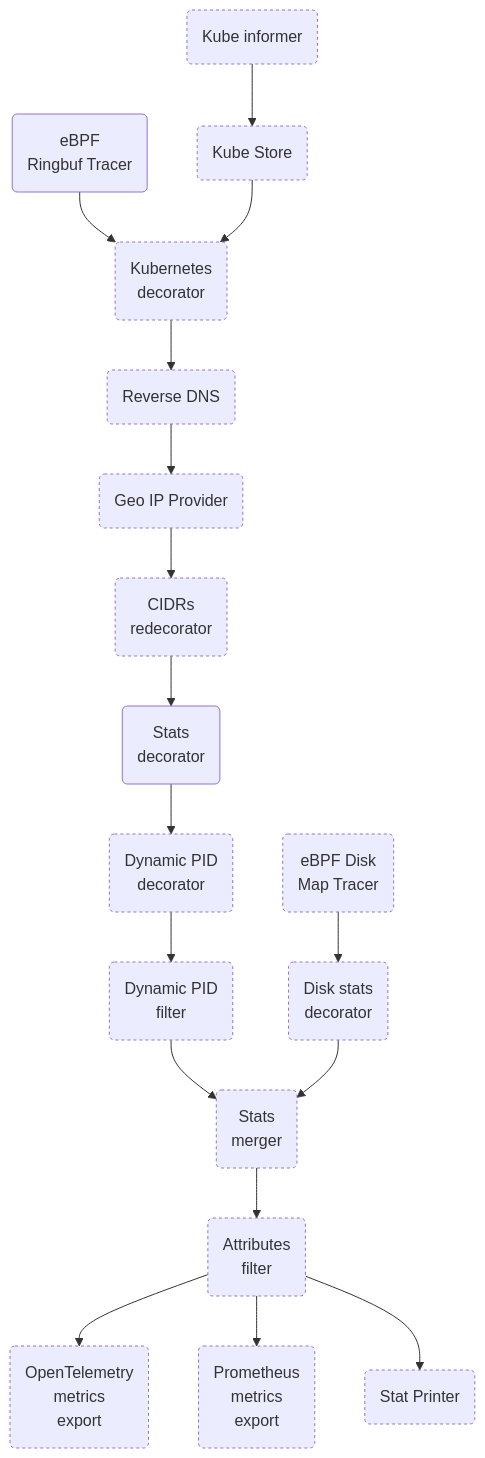
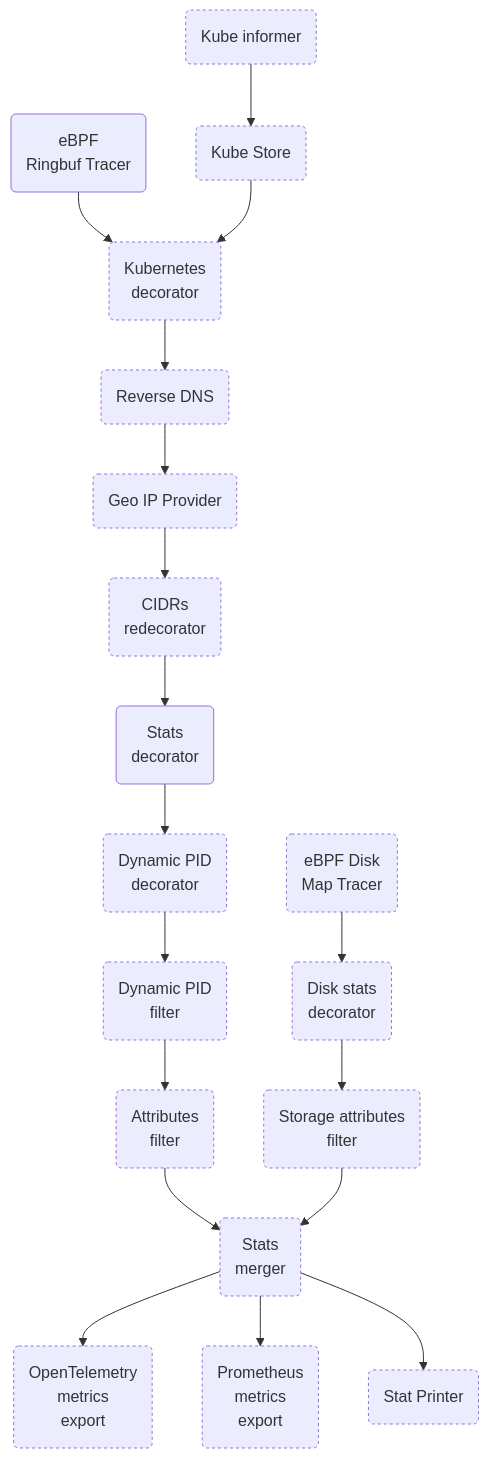
The third of 3 diagrams in devdocs/pipeline-map.md (TheDwingMAN/opentelemetry-ebpf-instrumentation), drawn with Mermaid before and after one commit. The commit also changed 7 other files, not shown here.

First line of the commit message:
statsolly: filter the TCP stats as upstream, the storage stats apart

````diff
--- a/devdocs/pipeline-map.md
+++ b/devdocs/pipeline-map.md
@@ -103,20 +103,21 @@
 ```mermaid
 flowchart TD
     classDef optional stroke-dasharray: 3 3;
     RT(eBPF<br/>Ringbuf Tracer) --> K8S
     KIN(Kube informer):::optional --> KSTORE
     KSTORE(Kube Store):::optional --> K8S
     K8S(Kubernetes<br/>decorator):::optional --> RDNS
     RDNS(Reverse DNS):::optional --> GeoIP
     GeoIP(Geo IP Provider):::optional --> CIDRS
     CIDRS(CIDRs<br/>redecorator):::optional --> DEC
     DEC(Stats<br/>decorator) --> DPD
     DPD(Dynamic PID<br/>decorator):::optional --> DPF
-    DPF(Dynamic PID<br/>filter):::optional --> MRG
+    DPF(Dynamic PID<br/>filter):::optional --> FLTR
+    FLTR(Attributes<br/>filter):::optional --> MRG
     DMT(eBPF Disk<br/>Map Tracer):::optional --> DDEC
-    DDEC(Disk stats<br/>decorator):::optional --> MRG
-    MRG(Stats<br/>merger):::optional --> FLTR
-    FLTR(Attributes<br/>filter):::optional --> OTEL(OpenTelemetry<br/>metrics<br/>export):::optional
-    FLTR --> PROM(Prometheus<br/>metrics<br/>export):::optional
-    FLTR --> StatPrinter(Stat Printer):::optional
+    DDEC(Disk stats<br/>decorator):::optional --> SFLTR
+    SFLTR(Storage attributes<br/>filter):::optional --> MRG
+    MRG(Stats<br/>merger):::optional --> OTEL(OpenTelemetry<br/>metrics<br/>export):::optional
+    MRG --> PROM(Prometheus<br/>metrics<br/>export):::optional
+    MRG --> StatPrinter(Stat Printer):::optional
 ```
````
